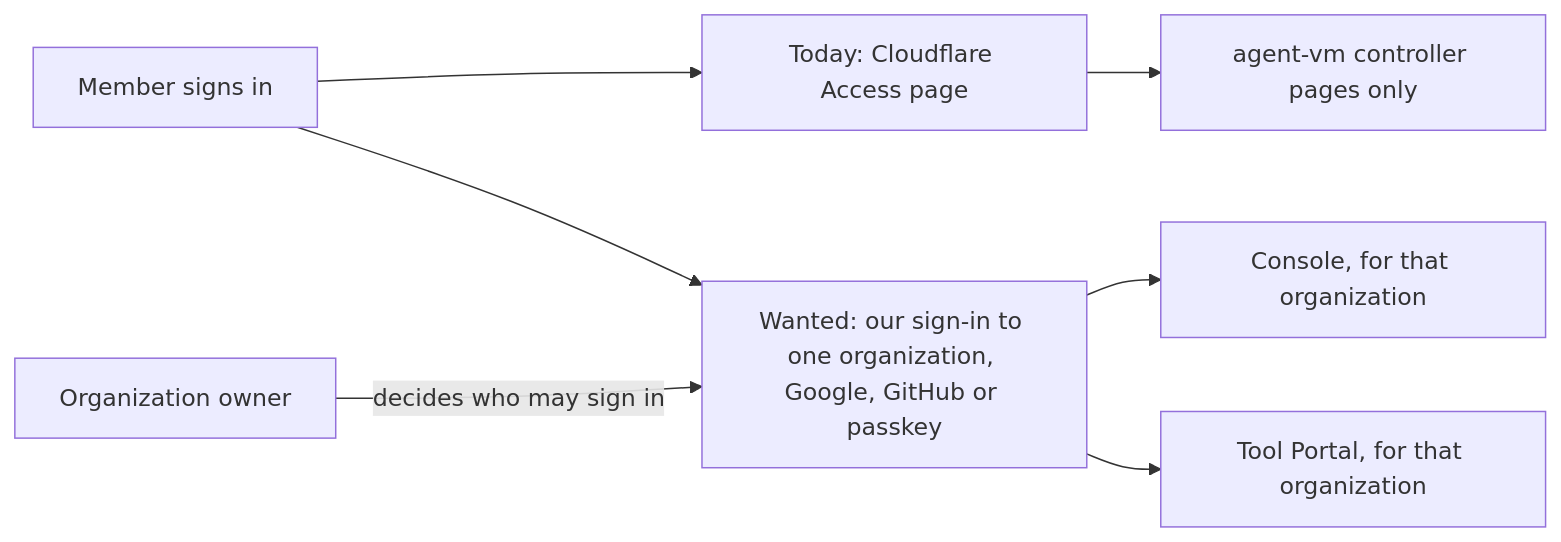
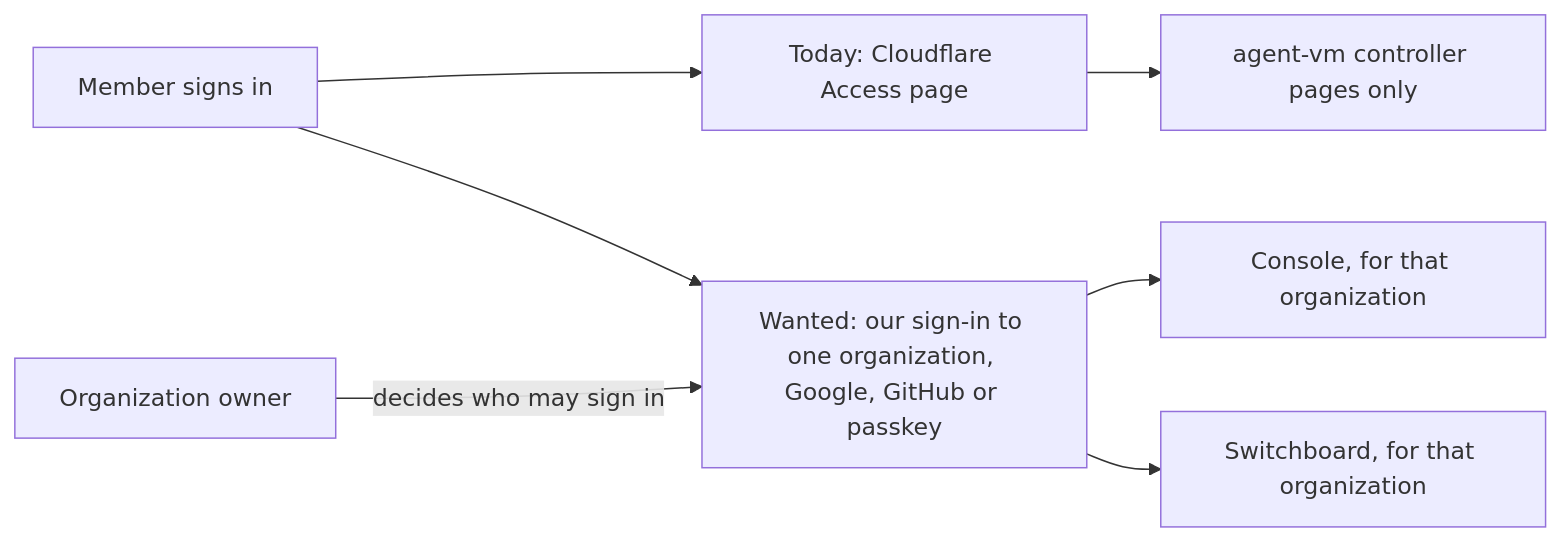
One commit to ShravanSunder/agent-vm changed the diagram in docs/specs/2026-10-20-people-sign-in/requirements.md. Above: the diagram before and after it, drawn with Mermaid. The commit also changed other lines of this file and 61 other files, not shown here.

Commit message:
OD12 decided (owner, 2026-10-28): the Tool Portal is named Switchboard across the current design sets and pages; code spans, quotes and older documents unchanged; renamed heading anchors and an old remediation link repaired

````diff
--- a/docs/specs/2026-10-20-people-sign-in/requirements.md
+++ b/docs/specs/2026-10-20-people-sign-in/requirements.md
@@ -25,9 +25,9 @@
 ```mermaid
 flowchart LR
   person["Member signs in"] --> today["Today: Cloudflare Access page"]
   today --> ctrl["agent-vm controller pages only"]
   person --> want["Wanted: our sign-in to one organization, Google, GitHub or passkey"]
   owner["Organization owner"] -->|decides who may sign in| want
   want --> console["Console, for that organization"]
-  want --> tp["Tool Portal, for that organization"]
+  want --> tp["Switchboard, for that organization"]
 ```
````
